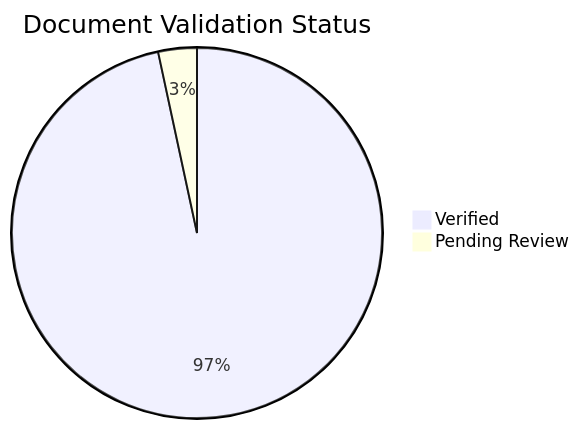
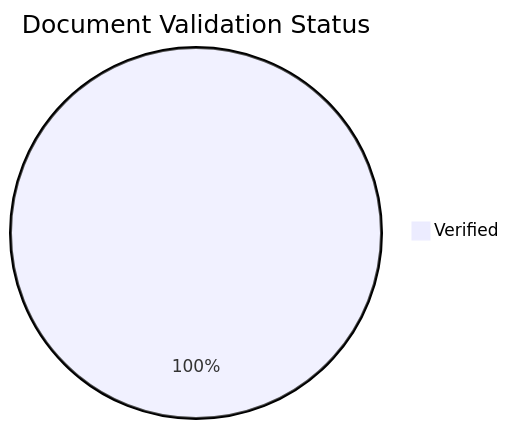
The diagram in docs/reference/content-validation-status.md (yeongseon/azure-app-service-practical-guide), drawn with Mermaid before and after one commit. The commit also changed other lines of this file and 249 other files, not shown here.

````diff
--- a/docs/reference/content-validation-status.md
+++ b/docs/reference/content-validation-status.md
@@ -22,5 +24,4 @@
 ```mermaid
 pie title Document Validation Status
-    "Verified" : 86
-    "Pending Review" : 3
+    "Verified" : 93
 ```
````
